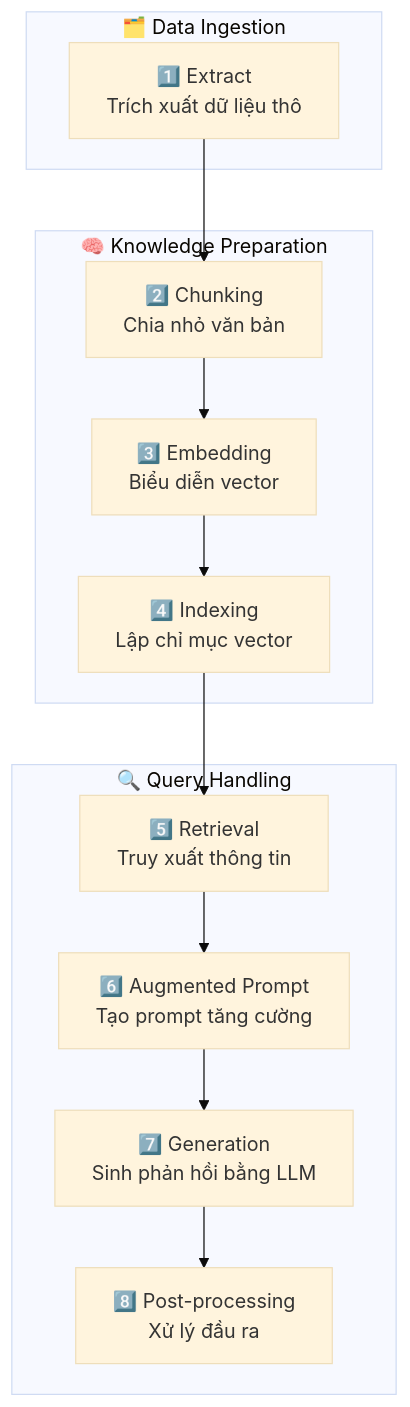
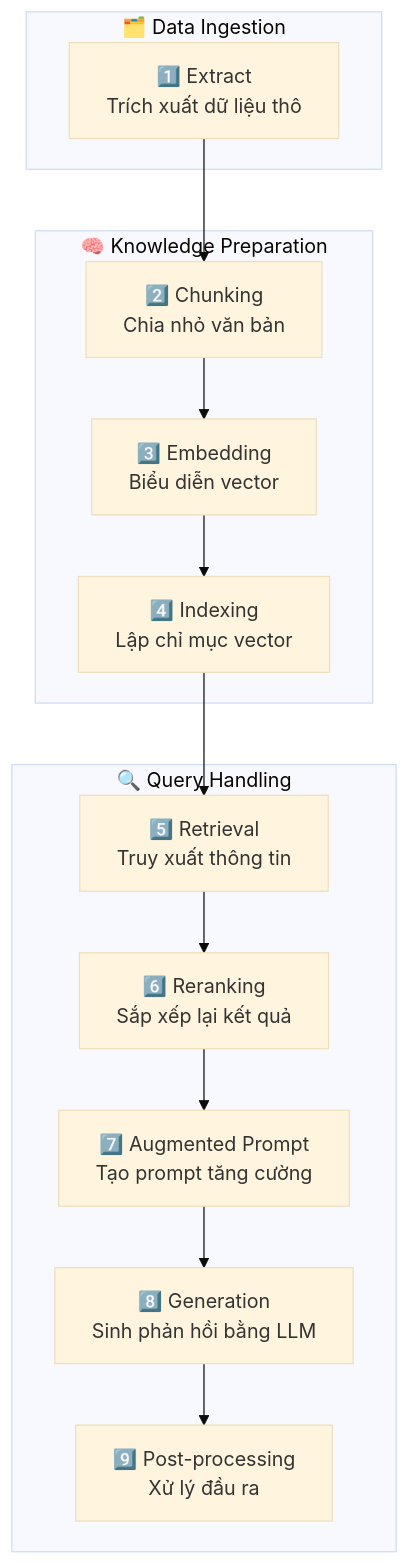
The diagram in AI GitHub/RAG/RAG Zero to Hero Guide.md (hoanglong8/FoxAI-Elearning), drawn with Mermaid (base theme) before and after one commit. The commit also changed other lines of this file, not shown here.

````diff
--- a/AI GitHub/RAG/RAG Zero to Hero Guide.md
+++ b/AI GitHub/RAG/RAG Zero to Hero Guide.md
@@ -32,27 +24,29 @@
 ```mermaid
 flowchart TD
     A[1️⃣ Extract<br/>Trích xuất dữ liệu thô] --> B[2️⃣ Chunking<br/>Chia nhỏ văn bản]
     B --> C[3️⃣ Embedding<br/>Biểu diễn vector]
     C --> D[4️⃣ Indexing<br/>Lập chỉ mục vector]
     D --> E[5️⃣ Retrieval<br/>Truy xuất thông tin]
-    E --> F[6️⃣ Augmented Prompt<br/>Tạo prompt tăng cường]
-    F --> G[7️⃣ Generation<br/>Sinh phản hồi bằng LLM]
-    G --> H[8️⃣ Post-processing<br/>Xử lý đầu ra]
+    E --> F[6️⃣ Reranking<br/>Sắp xếp lại kết quả]
+    F --> G[7️⃣ Augmented Prompt<br/>Tạo prompt tăng cường]
+    G --> H[8️⃣ Generation<br/>Sinh phản hồi bằng LLM]
+    H --> I[9️⃣ Post-processing<br/>Xử lý đầu ra]
 
     subgraph "🗂️ Data Ingestion"
         A
     end
 
     subgraph "🧠 Knowledge Preparation"
         B
         C
         D
     end
 
     subgraph "🔍 Query Handling"
         E
         F
         G
         H
+        I
     end
 ```
````
